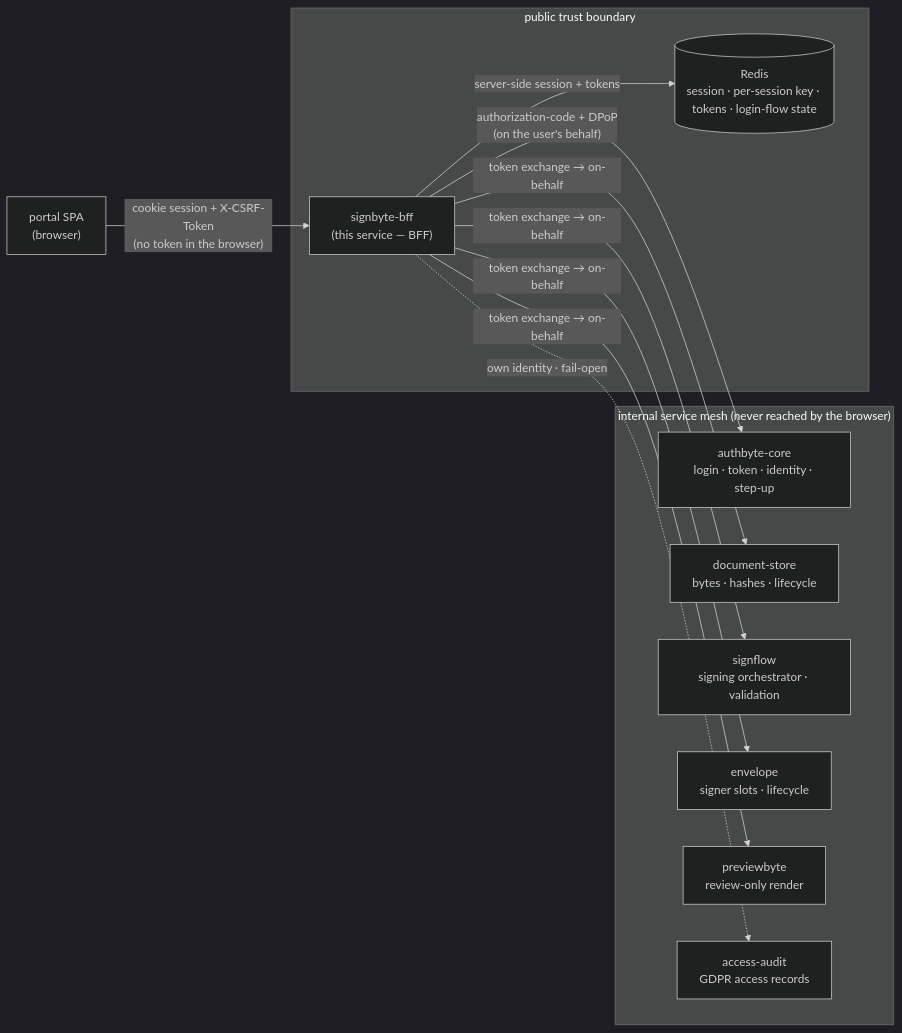
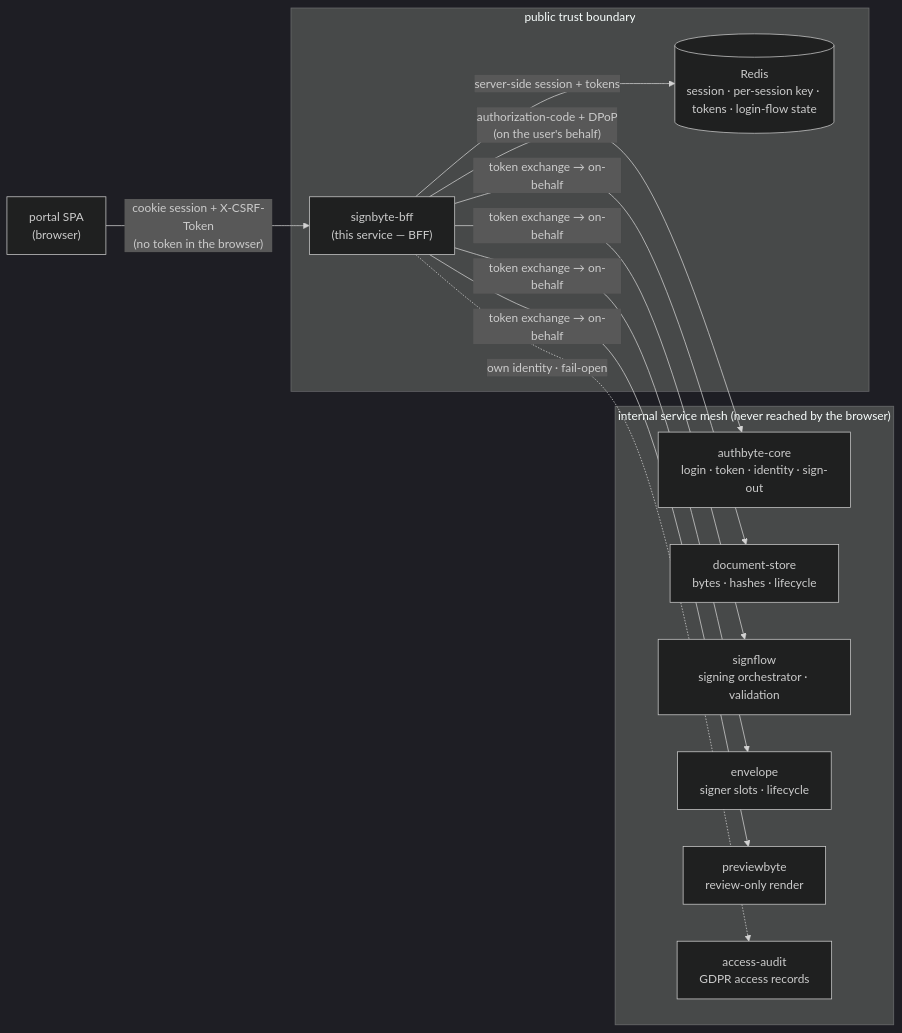
One commit to signbyte/signbyte-bff changed the first of 3 diagrams in README.md. Above: the diagram before and after it, drawn with Mermaid (dark theme). The commit also changed other lines of this file and 13 other files, not shown here.

````diff
--- a/README.md
+++ b/README.md
@@ -15,27 +15,27 @@
 ```mermaid
 flowchart LR
     SPA["portal SPA<br/>(browser)"]
 
     subgraph Edge["public trust boundary"]
         BFF["signbyte-bff<br/>(this service — BFF)"]
         RDS[(Redis<br/>session · per-session key · tokens · login-flow state)]
     end
 
     subgraph Mesh["internal service mesh (never reached by the browser)"]
-        AS["authbyte-core<br/>login · token · identity · step-up"]
+        AS["authbyte-core<br/>login · token · identity · sign-out"]
         DOC["document-store<br/>bytes · hashes · lifecycle"]
         SF["signflow<br/>signing orchestrator · validation"]
         ENV["envelope<br/>signer slots · lifecycle"]
         PV["previewbyte<br/>review-only render"]
         AUD["access-audit<br/>GDPR access records"]
     end
 
     SPA -- "cookie session + X-CSRF-Token<br/>(no token in the browser)" --> BFF
     BFF -- "server-side session + tokens" --> RDS
     BFF -- "authorization-code + DPoP<br/>(on the user's behalf)" --> AS
     BFF -- "token exchange → on-behalf" --> DOC
     BFF -- "token exchange → on-behalf" --> SF
     BFF -- "token exchange → on-behalf" --> ENV
     BFF -- "token exchange → on-behalf" --> PV
     BFF -. "own identity · fail-open" .-> AUD
 ```
````
